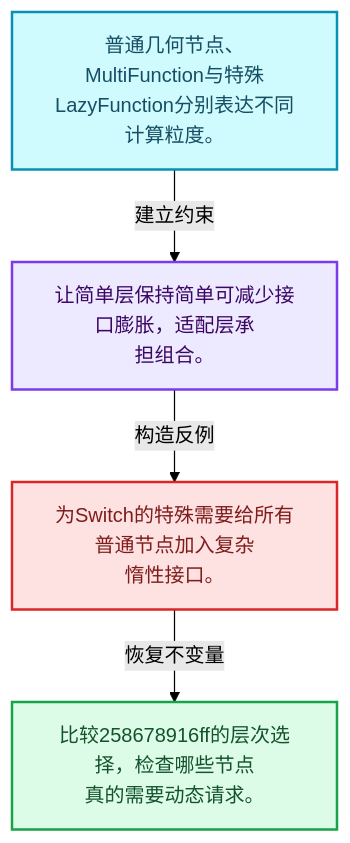
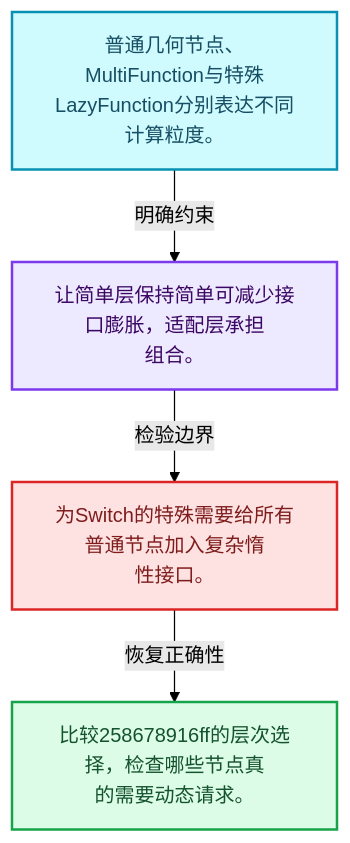
One commit to yunkezengren/blender-.vscode changed the first of 4 diagrams in 杂/markdown/全面学习-codex/09-LazyFunction与节点执行架构/10-普通节点与函数适配.md. Above: the diagram before and after it, drawn with Mermaid (forest theme). The commit also changed other lines of this file and 1930 other files, not shown here.

````diff
--- a/杂/markdown/全面学习-codex/09-LazyFunction与节点执行架构/10-普通节点与函数适配.md
+++ b/杂/markdown/全面学习-codex/09-LazyFunction与节点执行架构/10-普通节点与函数适配.md
@@ -29,16 +29,16 @@
 ```mermaid
 flowchart TB
   M["普通几何节点、MultiFunction与特殊<br/>LazyFunction分别表达不同计算粒度。"]:::data
-  T["让简单层保持简单可减少接口膨胀，适配层承<br/>担组合。"]:::abstraction
-  X["为Switch的特殊需要给所有普通节点加入复杂<br/>惰性接口。"]:::error
-  A["比较258678916ff的层次选择，检查哪些节点<br/>真的需要动态请求。"]:::result
-  M -->|"建立约束"| T
-  T -->|"构造反例"| X
-  X -->|"恢复不变量"| A
+  C["让简单层保持简单可减少接口膨胀，适配层承担<br/>组合。"]:::abstraction
+  B["为Switch的特殊需要给所有普通节点加入复杂惰<br/>性接口。"]:::error
+  R["比较258678916ff的层次选择，检查哪些节点真<br/>的需要动态请求。"]:::result
+  M -->|"明确约束"| C
+  C -->|"检验边界"| B
+  B -->|"恢复正确性"| R
   classDef input fill:#DBEAFE,stroke:#2563EB,color:#172554,stroke-width:2px;
   classDef data fill:#CFFAFE,stroke:#0891B2,color:#164E63,stroke-width:2px;
   classDef abstraction fill:#EDE9FE,stroke:#7C3AED,color:#3B0764,stroke-width:2px;
   classDef compute fill:#FEF3C7,stroke:#D97706,color:#78350F,stroke-width:2px;
   classDef result fill:#DCFCE7,stroke:#16A34A,color:#14532D,stroke-width:2px;
   classDef error fill:#FEE2E2,stroke:#DC2626,color:#7F1D1D,stroke-width:2px;
 ```
````
